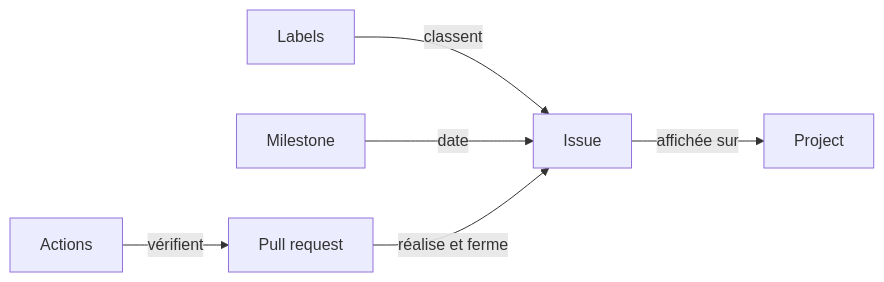
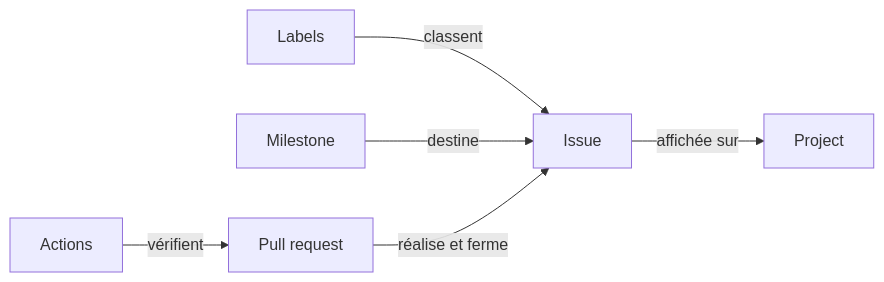
Before and after one commit to cedricgicquiaud/parcours: the diagram in formations/gestion-projet-github/lecons/la-carte.md, drawn with Mermaid. The commit also changed other lines of this file and 3 other files, not shown here.

````diff
--- a/formations/gestion-projet-github/lecons/la-carte.md
+++ b/formations/gestion-projet-github/lecons/la-carte.md
@@ -26,8 +26,8 @@
 ```mermaid
 graph LR
   L[Labels] -->|classent| I[Issue]
-  M[Milestone] -->|date| I
+  M[Milestone] -->|destine| I
   I -->|affichée sur| P[Project]
   PR[Pull request] -->|réalise et ferme| I
   A[Actions] -->|vérifient| PR
 ```
````
